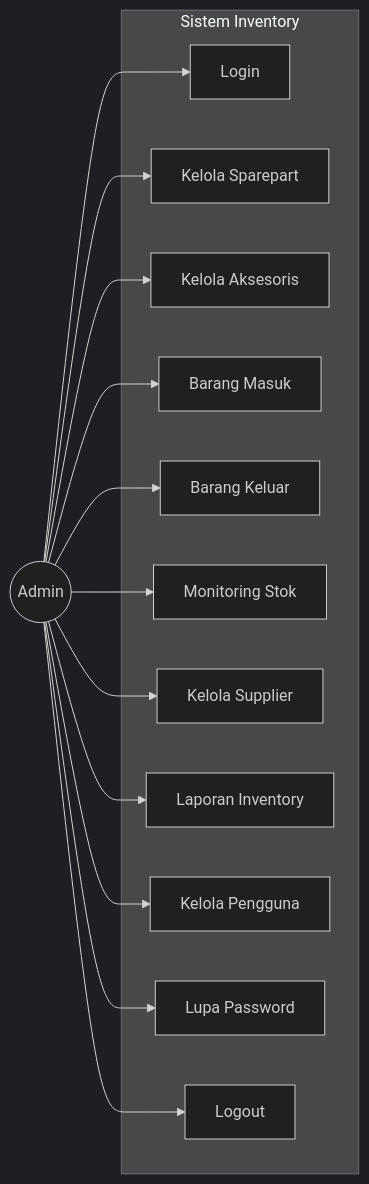
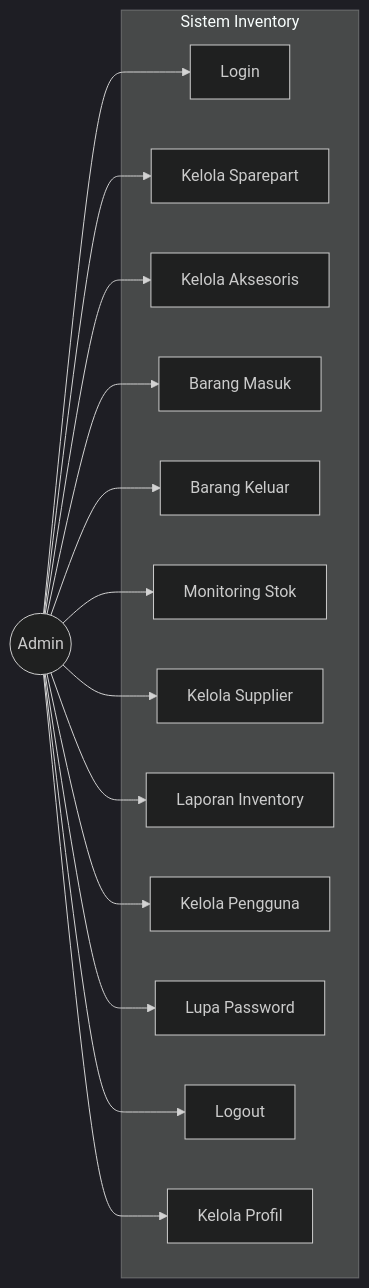
One commit to nestorzamili/ta-aswan changed the first of 7 diagrams in docs/04-diagram-uml.md. Above: the diagram before and after it, drawn with Mermaid (dark theme). The commit also changed other lines of this file and 53 other files, not shown here.

````diff
--- a/docs/04-diagram-uml.md
+++ b/docs/04-diagram-uml.md
@@ -15,28 +15,30 @@
 ```mermaid
 flowchart LR
     admin((Admin))
     subgraph system [Sistem Inventory]
         UC1[Login]
         UC2[Kelola Sparepart]
         UC3[Kelola Aksesoris]
         UC4[Barang Masuk]
         UC5[Barang Keluar]
         UC6[Monitoring Stok]
         UC7[Kelola Supplier]
         UC8[Laporan Inventory]
         UC9[Kelola Pengguna]
         UC10[Lupa Password]
         UC11[Logout]
+        UC12[Kelola Profil]
     end
     admin --> UC1
     admin --> UC2
     admin --> UC3
     admin --> UC4
     admin --> UC5
     admin --> UC6
     admin --> UC7
     admin --> UC8
     admin --> UC9
     admin --> UC10
     admin --> UC11
+    admin --> UC12
 ```
````
